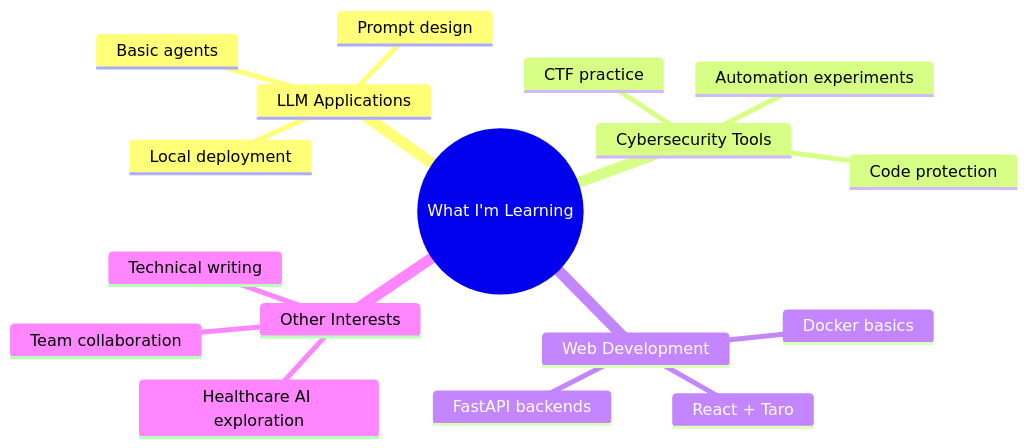
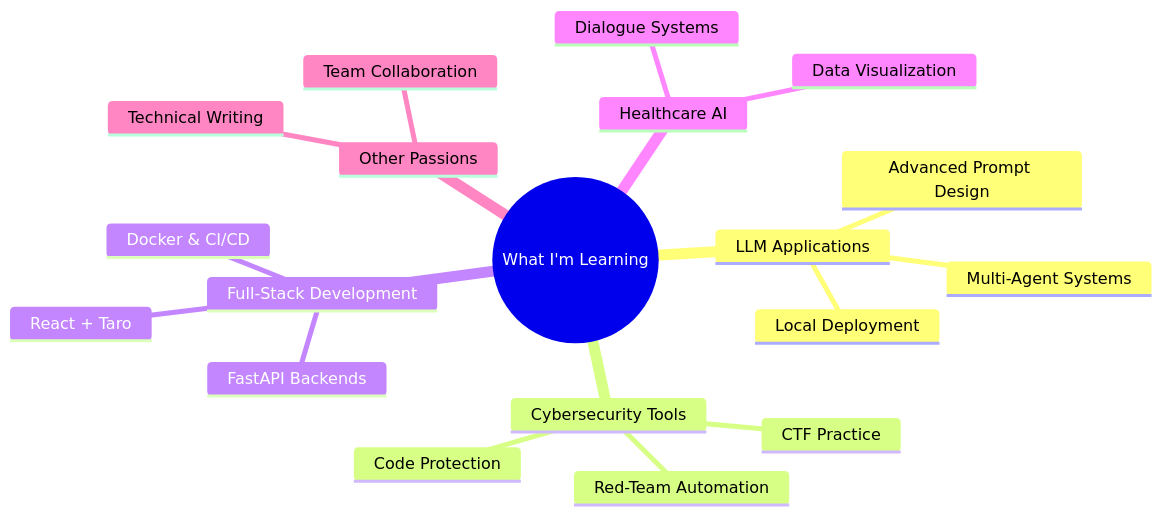
Before and after one commit to lxcxjxhx/RES-PJEXP: the diagram in README.md, drawn with Mermaid. The commit also changed other lines of this file, not shown here.

````diff
--- a/README.md
+++ b/README.md
@@ -85,20 +101,22 @@
 ```mermaid
 mindmap
   root((What I'm Learning))
     LLM Applications
-      Local deployment
-      Prompt design
-      Basic agents
+      Local Deployment
+      Advanced Prompt Design
+      Multi-Agent Systems
     Cybersecurity Tools
-      CTF practice
-      Automation experiments
-      Code protection
-    Web Development
+      CTF Practice
+      Red-Team Automation
+      Code Protection
+    Full-Stack Development
       React + Taro
-      FastAPI backends
-      Docker basics
-    Other Interests
-      Healthcare AI exploration
-      Technical writing
-      Team collaboration
+      FastAPI Backends
+      Docker & CI/CD
+    Healthcare AI
+      Dialogue Systems
+      Data Visualization
+    Other Passions
+      Technical Writing
+      Team Collaboration
 ```
````
